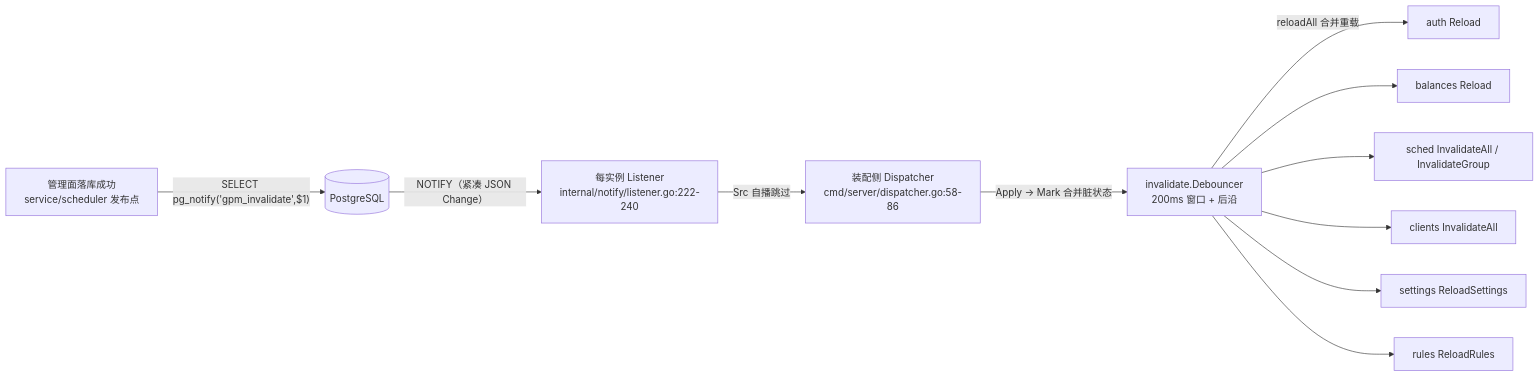
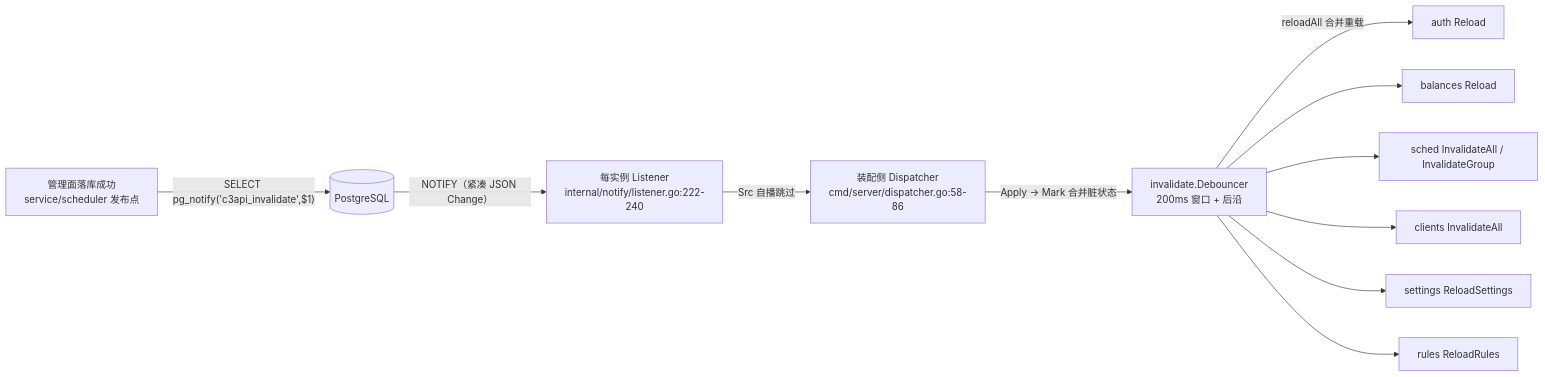
One commit to baimao5299-ship-it/c4 changed the third of 3 diagrams in docs/architecture-topology.md. Above: the diagram before and after it, drawn with Mermaid. The commit also changed other lines of this file and 453 other files, not shown here.

Commit message:
refactor: go-proxy-mini → github.com/is7qin/c3api 全范围改名（spec 终态 PASS——module + 848 import + 变体全改 C3API_/c3api_*/c3api-* + README 重写中英双版 + LICENSE 双许可 AGPL+商业落地；验证：build/vet/test -race/web 全绿 + gpm 变体零残留）

````diff
--- a/docs/architecture-topology.md
+++ b/docs/architecture-topology.md
@@ -236,13 +236,13 @@
 ```mermaid
 flowchart LR
-    SVC["管理面落库成功<br/>service/scheduler 发布点"] -->|"SELECT pg_notify('gpm_invalidate',$1)"| PG[("PostgreSQL")]
+    SVC["管理面落库成功<br/>service/scheduler 发布点"] -->|"SELECT pg_notify('c3api_invalidate',$1)"| PG[("PostgreSQL")]
     PG -->|"NOTIFY（紧凑 JSON Change）"| L["每实例 Listener<br/>internal/notify/listener.go:222-240"]
     L -->|"Src 自播跳过"| D["装配侧 Dispatcher<br/>cmd/server/dispatcher.go:58-86"]
     D -->|"Apply → Mark 合并脏状态"| INV["invalidate.Debouncer<br/>200ms 窗口 + 后沿"]
     INV -->|"reloadAll 合并重载"| R1["auth Reload"]
     INV --> R2["balances Reload"]
     INV --> R3["sched InvalidateAll / InvalidateGroup"]
     INV --> R4["clients InvalidateAll"]
     INV --> R5["settings ReloadSettings"]
     INV --> R6["rules ReloadRules"]
 ```
````
